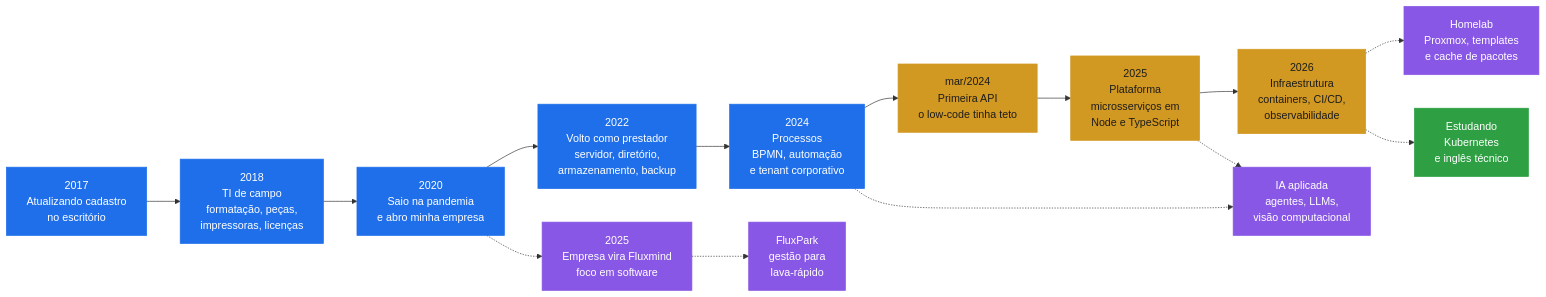
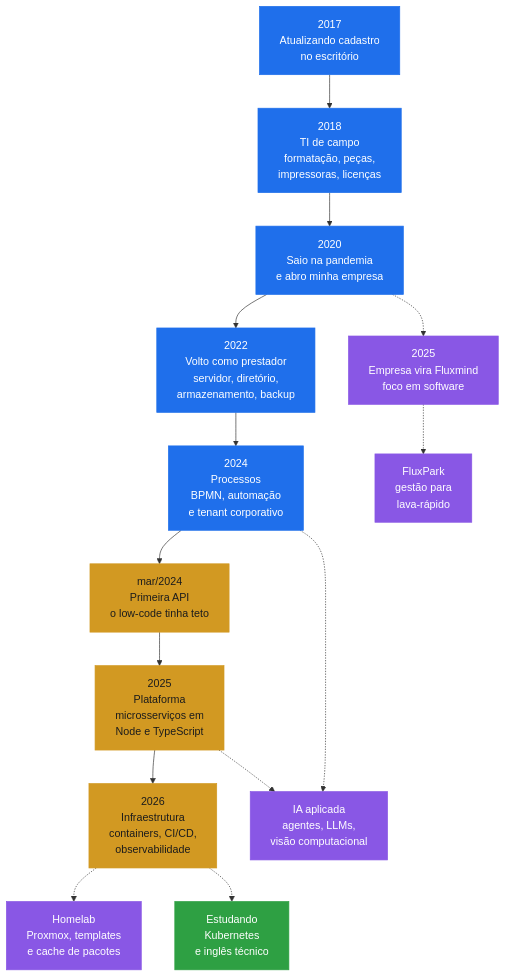
Before and after one commit to Guilherme9484/Guilherme9484: the diagram in README.md, drawn with Mermaid.

Commit message:
perfil: grafo na vertical para caber na tela

````diff
--- a/README.md
+++ b/README.md
@@ -22,27 +22,27 @@
 ```mermaid
-flowchart LR
+flowchart TD
     A["2017<br/>Atualizando cadastro<br/>no escritório"] --> B["2018<br/>TI de campo<br/>formatação, peças,<br/>impressoras, licenças"]
     B --> C["2020<br/>Saio na pandemia<br/>e abro minha empresa"]
     C --> D["2022<br/>Volto como prestador<br/>servidor, diretório,<br/>armazenamento, backup"]
     D --> E["2024<br/>Processos<br/>BPMN, automação<br/>e tenant corporativo"]
     E --> F["mar/2024<br/>Primeira API<br/>o low-code tinha teto"]
     F --> G["2025<br/>Plataforma<br/>microsserviços em<br/>Node e TypeScript"]
     G --> H["2026<br/>Infraestrutura<br/>containers, CI/CD,<br/>observabilidade"]
 
     C -.-> C2["2025<br/>Empresa vira Fluxmind<br/>foco em software"]
     C2 -.-> P1["FluxPark<br/>gestão para<br/>lava-rápido"]
     E -.-> IA["IA aplicada<br/>agentes, LLMs,<br/>visão computacional"]
     G -.-> IA
     H -.-> LAB["Homelab<br/>Proxmox, templates<br/>e cache de pacotes"]
     H -.-> EST["Estudando<br/>Kubernetes<br/>e inglês técnico"]
 
     classDef base fill:#1f6feb,stroke:#1f6feb,color:#ffffff
     classDef virada fill:#d29922,stroke:#d29922,color:#1c1c1c
     classDef ramo fill:#8957e5,stroke:#8957e5,color:#ffffff
     classDef futuro fill:#2ea043,stroke:#2ea043,color:#ffffff
 
     class A,B,C,D,E base
     class F,G,H virada
     class C2,P1,IA,LAB ramo
     class EST futuro
 ```
````
